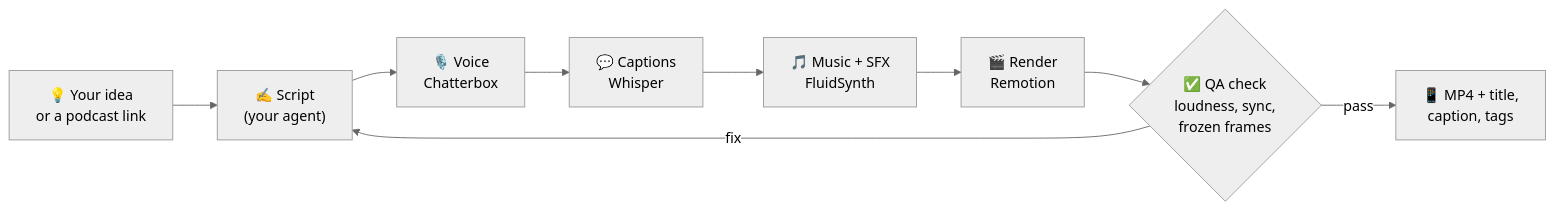
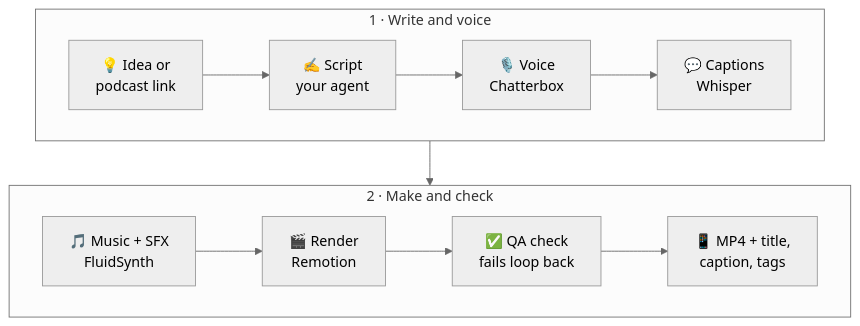
Before and after one commit to TheNoumanDev/zero-dollar-studio: the diagram in README.md, drawn with Mermaid (neutral theme).

Commit message:
README: two-row pipeline diagram

````diff
--- a/README.md
+++ b/README.md
@@ -59,11 +59,12 @@
 ```mermaid
-flowchart LR
-  A["💡 Your idea<br>or a podcast link"] --> B["✍️ Script<br>(your agent)"]
-  B --> C["🎙️ Voice<br>Chatterbox"]
-  C --> D["💬 Captions<br>Whisper"]
-  D --> E["🎵 Music + SFX<br>FluidSynth"]
-  E --> F["🎬 Render<br>Remotion"]
-  F --> G{"✅ QA check<br>loudness, sync,<br>frozen frames"}
-  G -- fix --> B
-  G -- pass --> H["📱 MP4 + title,<br>caption, tags"]
+flowchart TB
+  subgraph write ["1 · Write and voice"]
+    direction LR
+    A["💡 Idea or<br>podcast link"] --> B["✍️ Script<br>your agent"] --> C["🎙️ Voice<br>Chatterbox"] --> D["💬 Captions<br>Whisper"]
+  end
+  subgraph make ["2 · Make and check"]
+    direction LR
+    E["🎵 Music + SFX<br>FluidSynth"] --> F["🎬 Render<br>Remotion"] --> G["✅ QA check<br>fails loop back"] --> H["📱 MP4 + title,<br>caption, tags"]
+  end
+  write --> make
 ```
````
